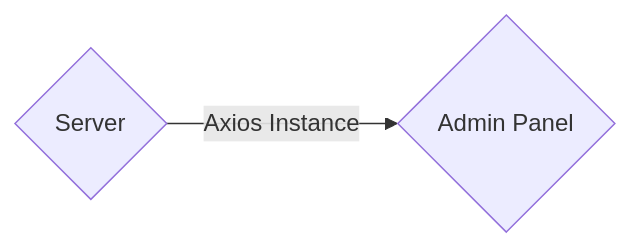
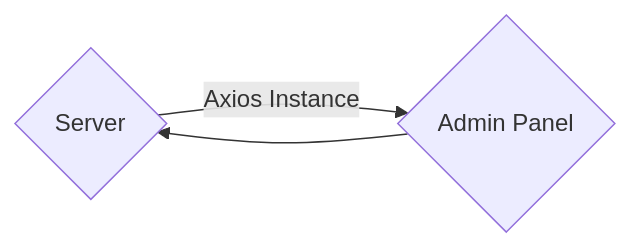
The diagram in docs/src/guide/plugin-guides/passing-data.md (excl-networks/missing-strapi-docs), drawn with Mermaid before and after one commit. The commit also changed other lines of this file and 10 other files, not shown here.

````diff
--- a/docs/src/guide/plugin-guides/passing-data.md
+++ b/docs/src/guide/plugin-guides/passing-data.md
@@ -15,4 +17,5 @@
 ```mermaid
 graph LR
     A{Server} -->|Axios Instance| B{Admin Panel}
+    B --> A
 ```
````
